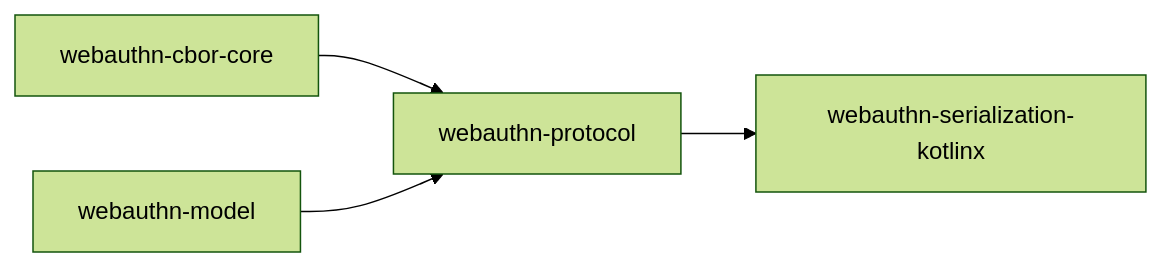
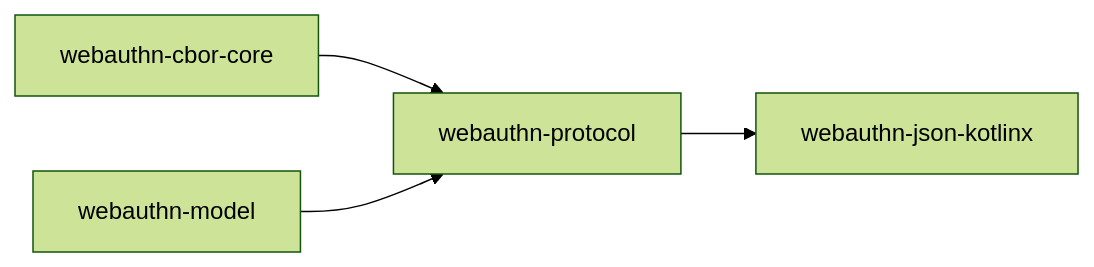
One commit to szijpeter/webauthn-kotlin-multiplatform changed the diagram in core/webauthn-protocol/README.md. Above: the diagram before and after it, drawn with Mermaid (forest theme). The commit also changed 40 other files, not shown here.

Commit message:
refactor(json): rename Kotlinx codec artifact

````diff
--- a/core/webauthn-protocol/README.md
+++ b/core/webauthn-protocol/README.md
@@ -33,6 +33,6 @@
 ```mermaid
 flowchart LR
     CBOR["webauthn-cbor-core"] --> PROTOCOL["webauthn-protocol"]
     MODEL["webauthn-model"] --> PROTOCOL
-    PROTOCOL --> SERIALIZATION["webauthn-serialization-kotlinx"]
+    PROTOCOL --> SERIALIZATION["webauthn-json-kotlinx"]
 ```
````
